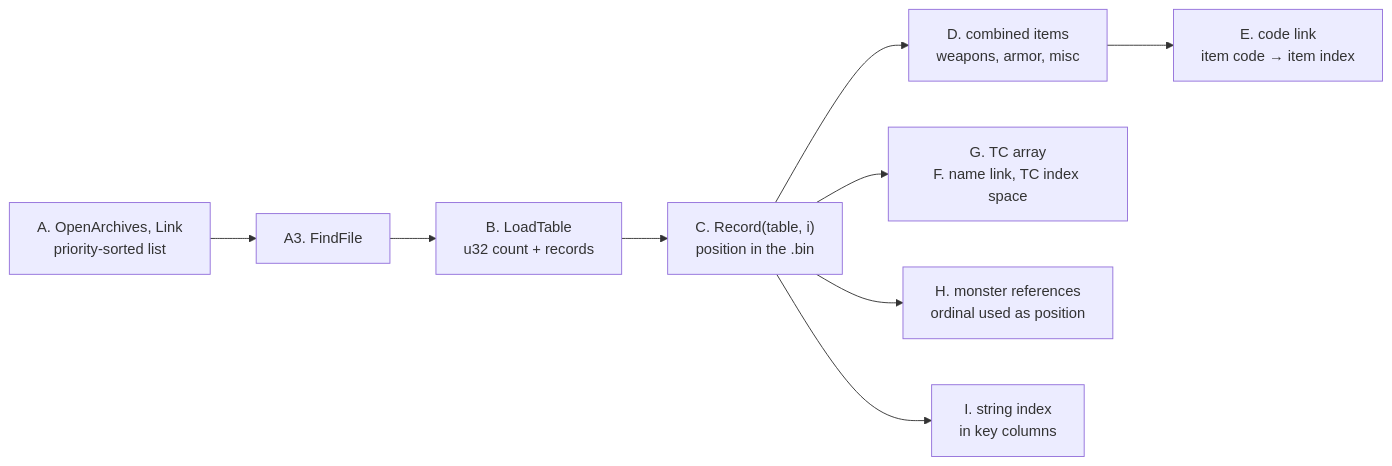
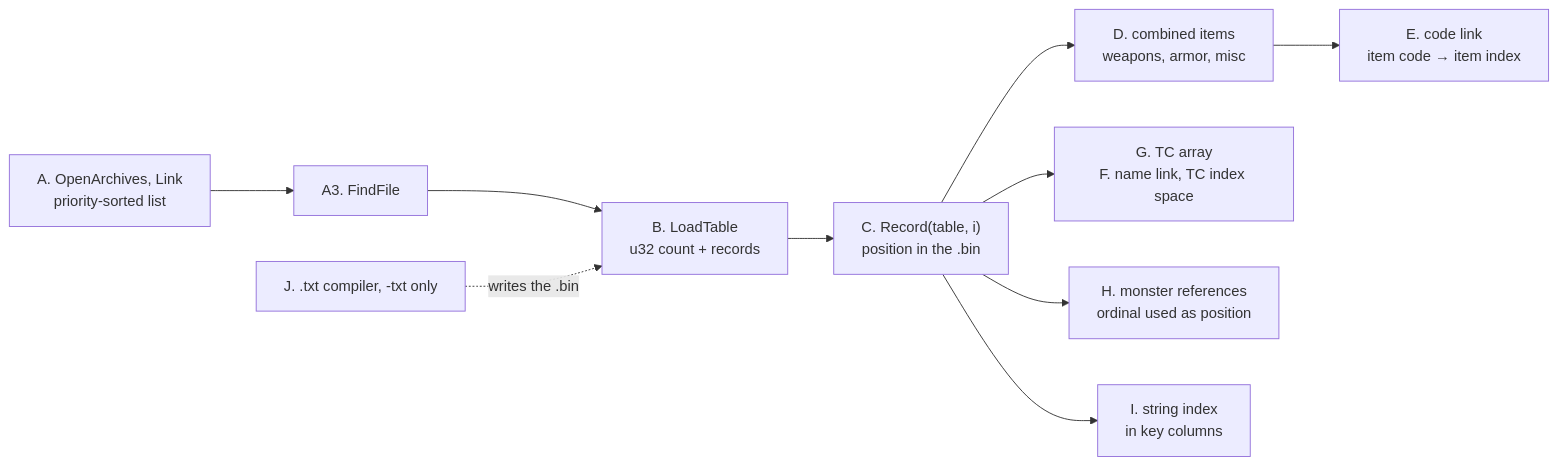
Before and after one commit to IgorKonovalov/diablo-2-recompilation: the first of 14 diagrams in docs/specs/data/excel.md, drawn with Mermaid. The commit also changed other lines of this file and 1 other file, not shown here.

Commit message:
docs(specs): data/excel § J .txt compiler (data/0004), I3 run-time text lookup (data/0003), H3 pool observed; open questions folded (plan 0015 Phase 5)

````diff
--- a/docs/specs/data/excel.md
+++ b/docs/specs/data/excel.md
@@ -81,11 +81,12 @@
 ```mermaid
 flowchart LR
   a["A. OpenArchives, Link<br/>priority-sorted list"] --> f["A3. FindFile"]
   f --> b["B. LoadTable<br/>u32 count + records"]
   b --> c["C. Record(table, i)<br/>position in the .bin"]
   c --> d["D. combined items<br/>weapons, armor, misc"]
   d --> e["E. code link<br/>item code → item index"]
   c --> g["G. TC array<br/>F. name link, TC index space"]
   c --> h["H. monster references<br/>ordinal used as position"]
   c --> i["I. string index<br/>in key columns"]
+  j["J. .txt compiler, -txt only"] -.->|"writes the .bin"| b
 ```
````
